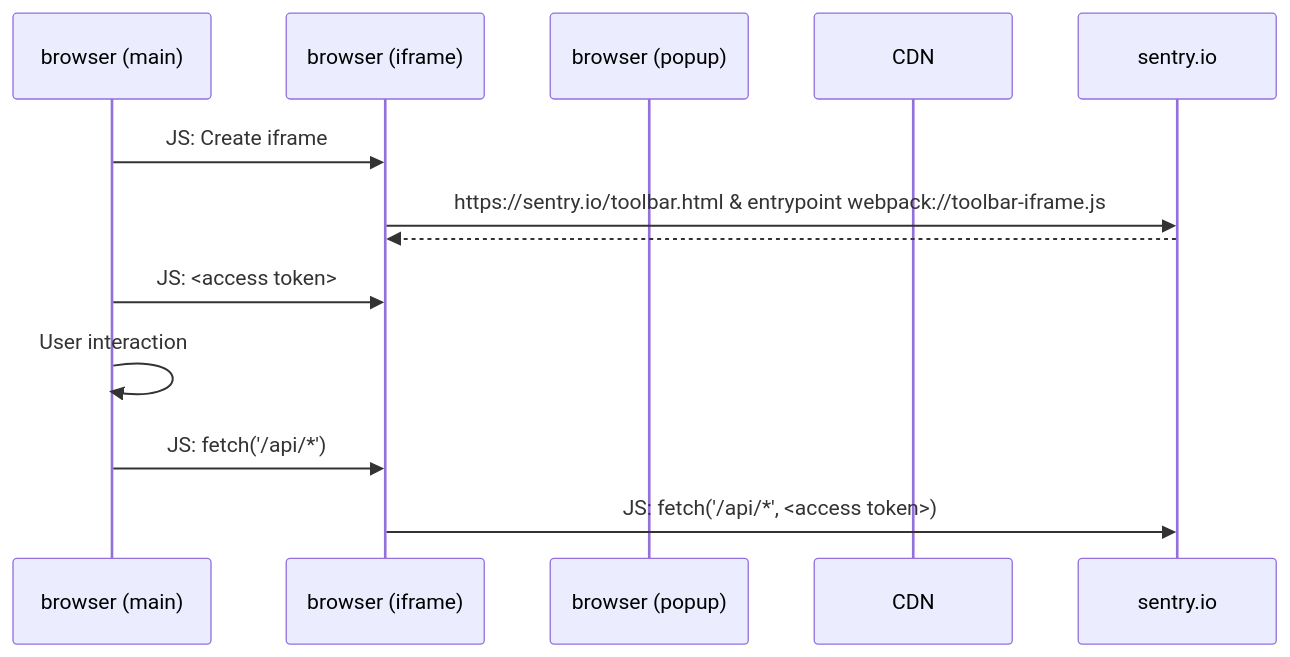
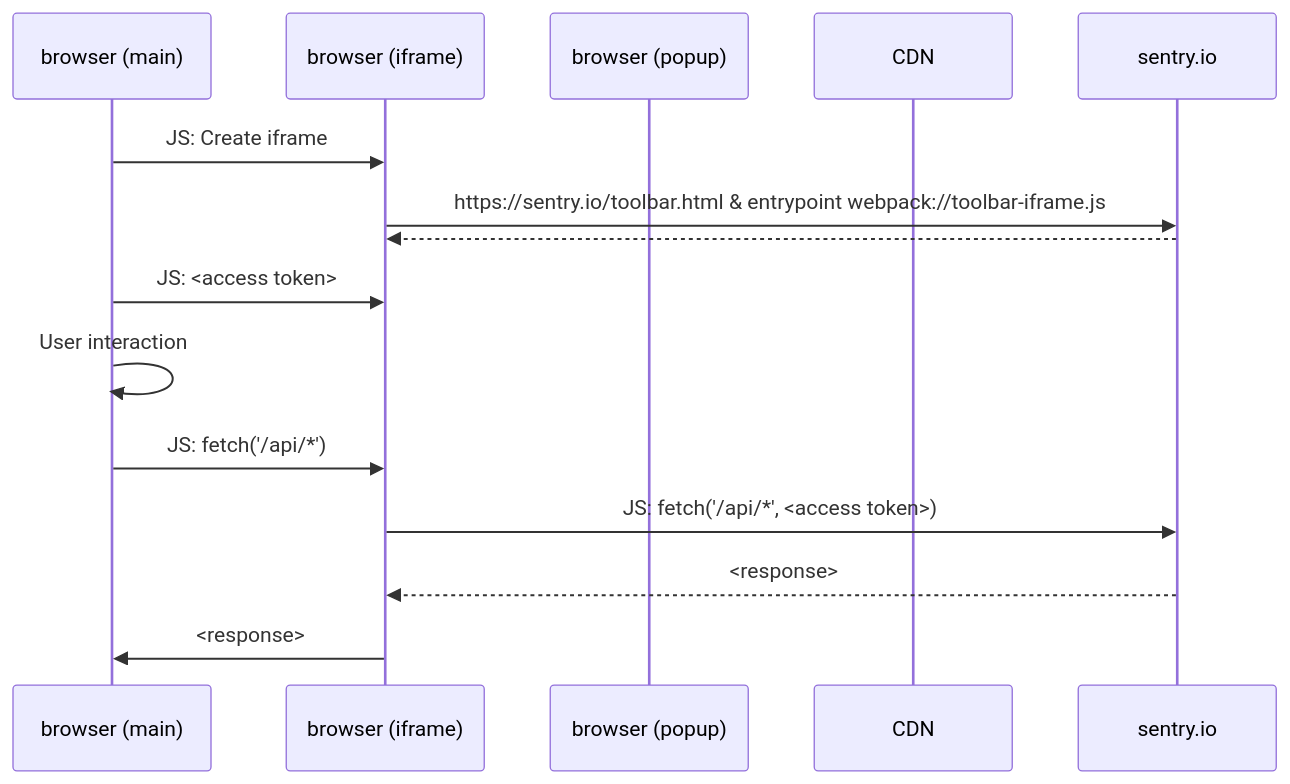
Before and after one commit to getsentry/sentry-toolbar: the third of 3 diagrams in docs/diagrams.md, drawn with Mermaid.

````diff
--- a/docs/diagrams.md
+++ b/docs/diagrams.md
@@ -45,16 +45,18 @@
 ```mermaid
 sequenceDiagram
   participant browser (main)
   participant browser (iframe)
   participant browser (popup)
   participant CDN
   participant sentry.io
 
   browser (main)->>browser (iframe): JS: Create iframe
   browser (iframe)->>sentry.io: https://sentry.io/toolbar.html & entrypoint webpack://toolbar-iframe.js
   sentry.io-->>browser (iframe): 
   browser (main)->>browser (iframe): JS: <access token>
   browser (main)->>browser (main): User interaction
   browser (main)->>browser (iframe): JS: fetch('/api/*')
   browser (iframe)->>sentry.io: JS: fetch('/api/*', <access token>)
+  sentry.io-->>browser (iframe): <response>
+  browser (iframe)->>browser (main): <response>
 ```
````
